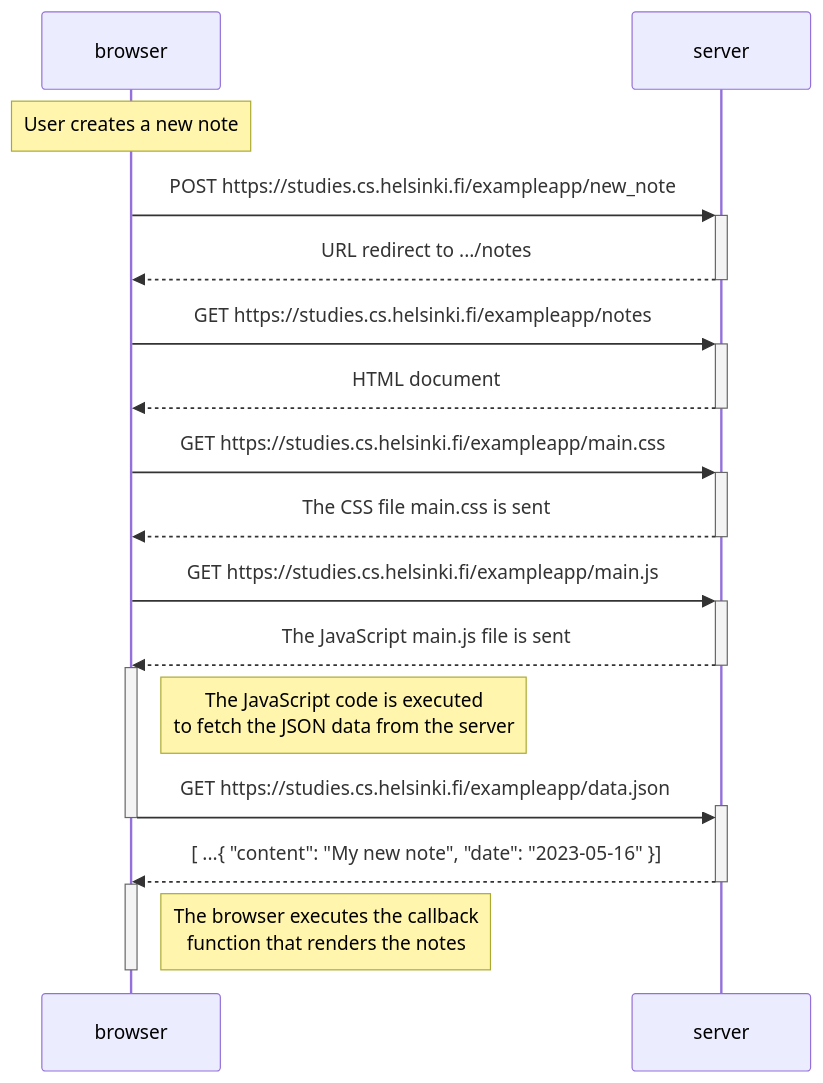
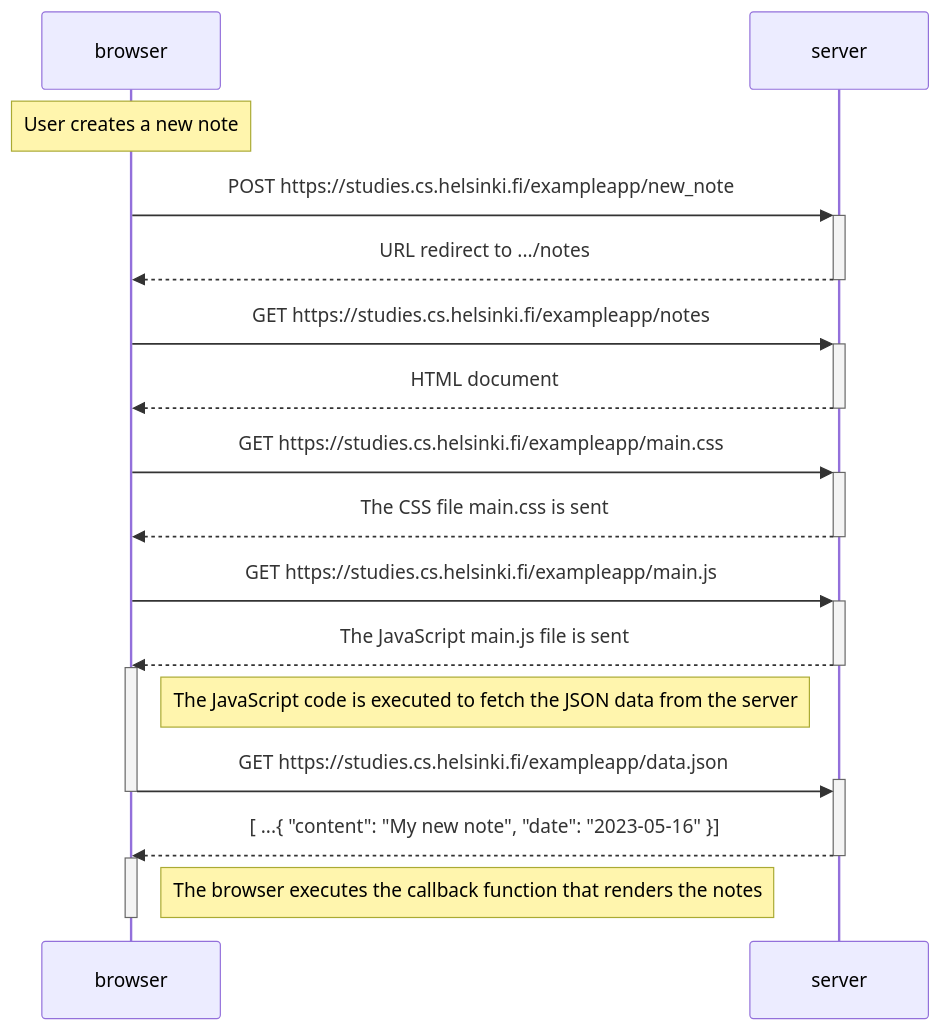
The first of 3 diagrams in part_0/README.md (doteins/full-stack-open), drawn with Mermaid before and after one commit. The commit also changed other lines of this file, not shown here.

Commit message:
Update README.md and fix typo

````diff
--- a/part_0/README.md
+++ b/part_0/README.md
@@ -5,22 +5,22 @@
 ```mermaid 
 sequenceDiagram
 participant browser
 participant server
 Note over browser: User creates a new note
 browser->>+server: POST https://studies.cs.helsinki.fi/exampleapp/new_note
 server-->>-browser: URL redirect to .../notes
 browser->>+server: GET https://studies.cs.helsinki.fi/exampleapp/notes
 server-->>-browser: HTML document
 browser->>+server: GET https://studies.cs.helsinki.fi/exampleapp/main.css
 server-->>-browser: The CSS file main.css is sent
 browser->>+server: GET https://studies.cs.helsinki.fi/exampleapp/main.js
 server-->>-browser: The JavaScript main.js file is sent
 activate browser
-Note right of browser: The JavaScript code is executed<br/>to fetch the JSON data from the server
+Note right of browser: The JavaScript code is executed to fetch the JSON data from the server
 browser->>+server: GET https://studies.cs.helsinki.fi/exampleapp/data.json
 deactivate browser
 server-->>-browser: [ ...{ "content": "My new note", "date": "2023-05-16" }]
 activate browser
-Note right of browser: The browser executes the callback<br/>function that renders the notes
+Note right of browser: The browser executes the callback function that renders the notes
 deactivate browser
 ```
````
